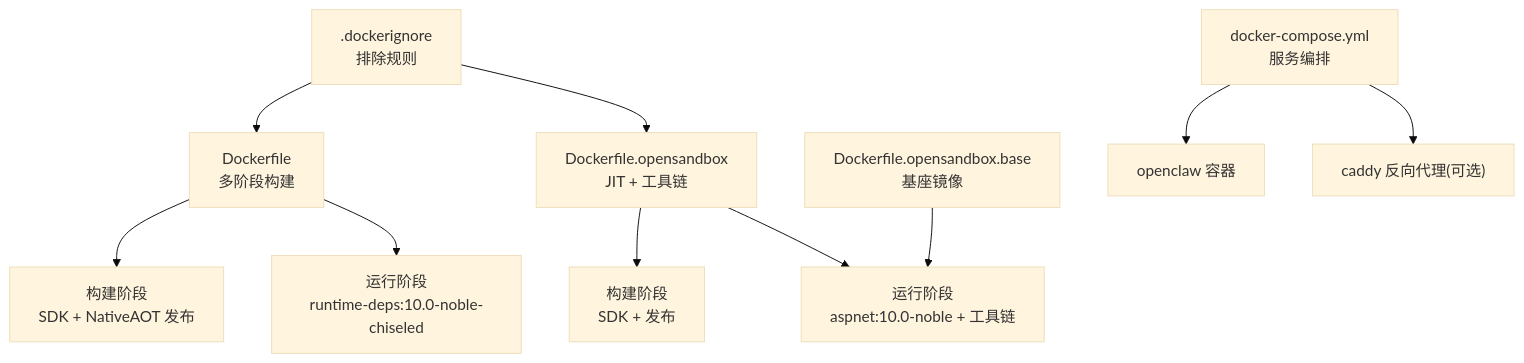
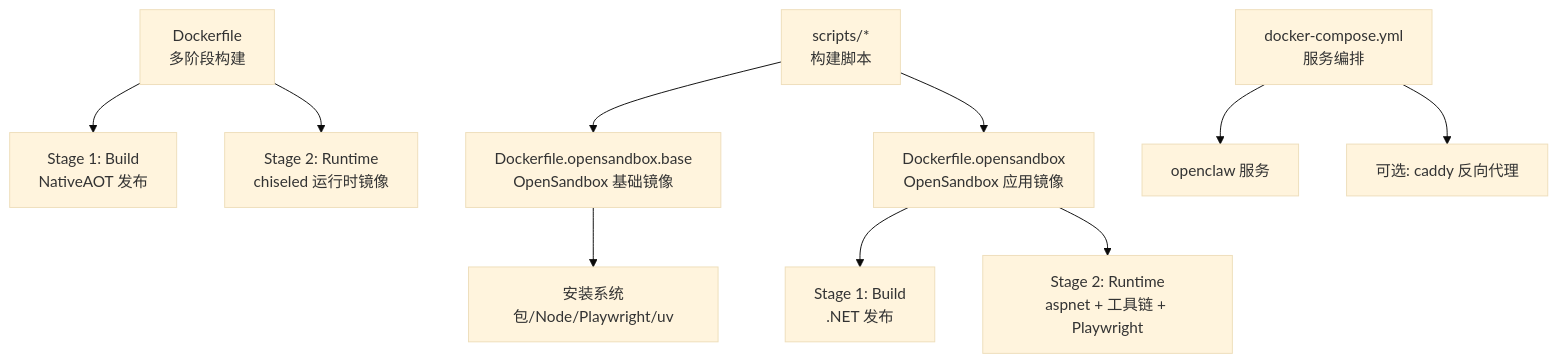
One commit to wayyet/kingcrab changed the first of 6 diagrams in .qoder/repowiki/zh/content/部署指南/Docker 部署.md. Above: the diagram before and after it, drawn with Mermaid (base theme). The commit also changed other lines of this file and 173 other files, not shown here.

````diff
--- a/.qoder/repowiki/zh/content/部署指南/Docker 部署.md
+++ b/.qoder/repowiki/zh/content/部署指南/Docker 部署.md
@@ -48,12 +44,12 @@
 ```mermaid
 graph TB
-A["Dockerfile<br/>多阶段构建"] --> B["构建阶段<br/>SDK + NativeAOT 发布"]
-A --> C["运行阶段<br/>runtime-deps:10.0-noble-chiseled"]
-D["Dockerfile.opensandbox<br/>JIT + 工具链"] --> E["构建阶段<br/>SDK + 发布"]
-D --> F["运行阶段<br/>aspnet:10.0-noble + 工具链"]
-G["Dockerfile.opensandbox.base<br/>基座镜像"] --> F
-H["docker-compose.yml<br/>服务编排"] --> I["openclaw 容器"]
-H --> J["caddy 反向代理(可选)"]
-K[".dockerignore<br/>排除规则"] --> A
-K --> D
+A["Dockerfile<br/>多阶段构建"] --> B["Stage 1: Build<br/>NativeAOT 发布"]
+A --> C["Stage 2: Runtime<br/>chiseled 运行时镜像"]
+D["Dockerfile.opensandbox<br/>OpenSandbox 应用镜像"] --> E["Stage 1: Build<br/>.NET 发布"]
+D --> F["Stage 2: Runtime<br/>aspnet + 工具链 + Playwright"]
+G["Dockerfile.opensandbox.base<br/>OpenSandbox 基础镜像"] --> H["安装系统包/Node/Playwright/uv"]
+I["docker-compose.yml<br/>服务编排"] --> J["openclaw 服务"]
+I --> K["可选: caddy 反向代理"]
+L["scripts/*<br/>构建脚本"] --> G
+L --> D
 ```
````
